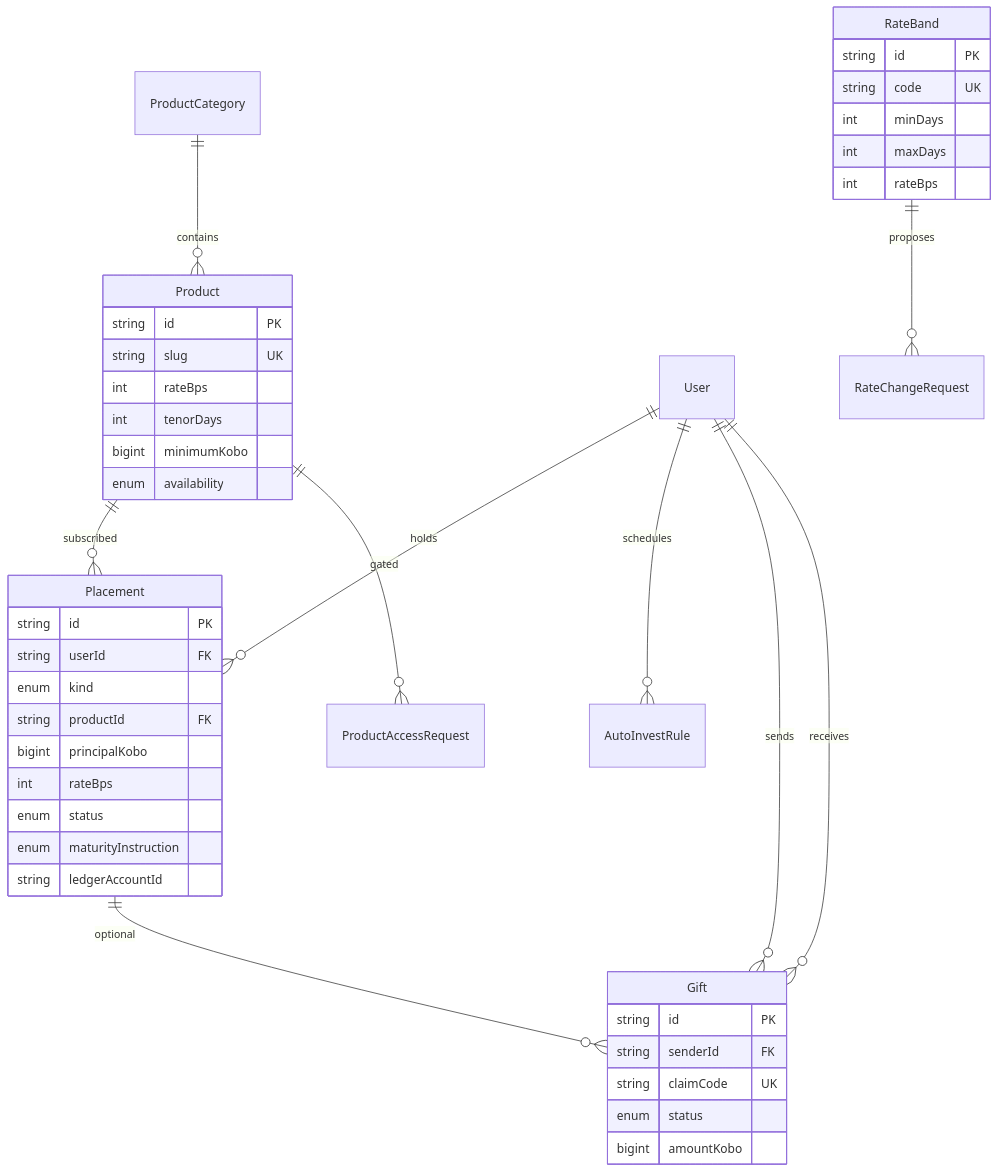
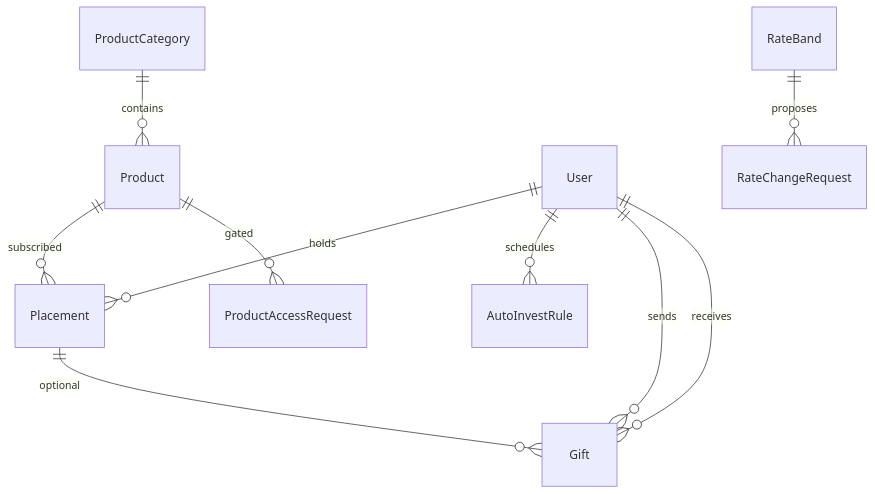
The sixth of 8 diagrams in docs/DATABASE.md (hafizsameer11/kipit-backend), drawn with Mermaid before and after one commit. The commit also changed other lines of this file, not shown here.

Commit message:
Expand database docs with FK map, cardinality, and per-table schema.

````diff
--- a/docs/DATABASE.md
+++ b/docs/DATABASE.md
@@ -262,49 +297,12 @@
 ```mermaid
 erDiagram
   ProductCategory ||--o{ Product : contains
   Product ||--o{ Placement : subscribed
   Product ||--o{ ProductAccessRequest : gated
   User ||--o{ Placement : holds
   User ||--o{ AutoInvestRule : schedules
   User ||--o{ Gift : sends
   User ||--o{ Gift : receives
   Placement ||--o{ Gift : optional
   RateBand ||--o{ RateChangeRequest : proposes
-
-  RateBand {
-    string id PK
-    string code UK
-    int minDays
-    int maxDays
-    int rateBps
-  }
-
-  Product {
-    string id PK
-    string slug UK
-    int rateBps
-    int tenorDays
-    bigint minimumKobo
-    enum availability
-  }
-
-  Placement {
-    string id PK
-    string userId FK
-    enum kind
-    string productId FK
-    bigint principalKobo
-    int rateBps
-    enum status
-    enum maturityInstruction
-    string ledgerAccountId
-  }
-
-  Gift {
-    string id PK
-    string senderId FK
-    string claimCode UK
-    enum status
-    bigint amountKobo
-  }
 ```
````
